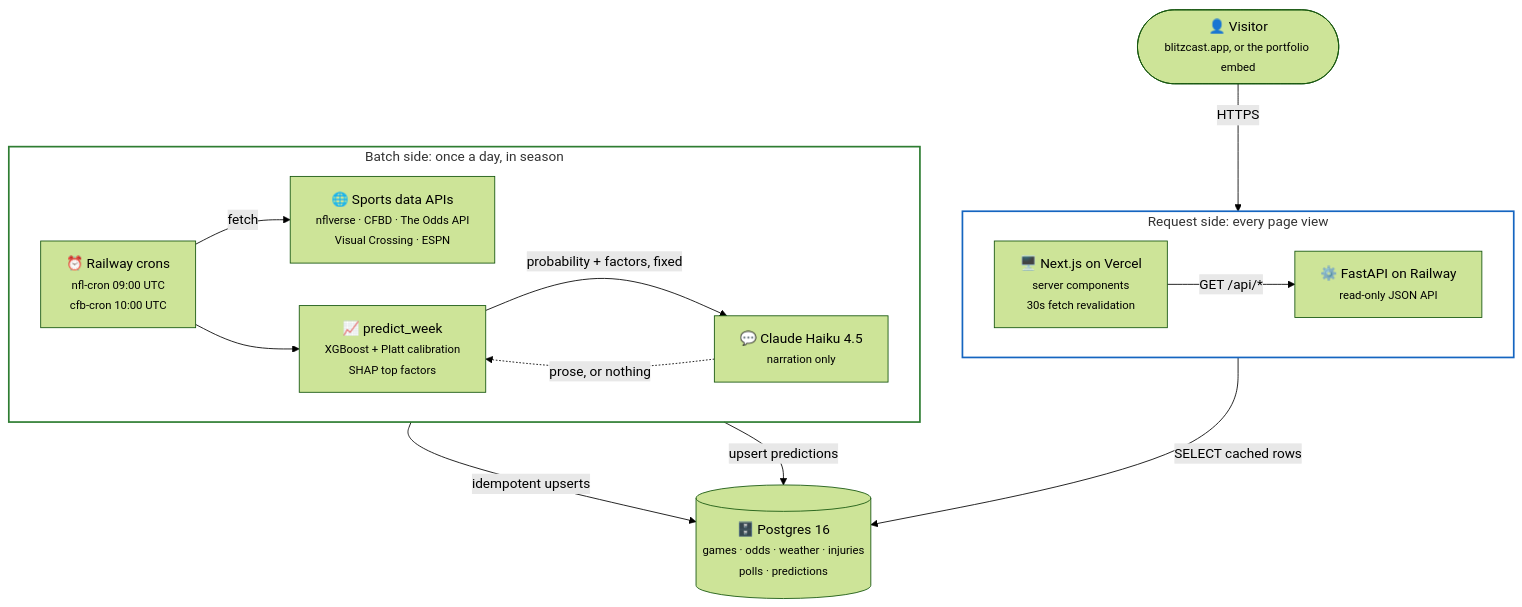
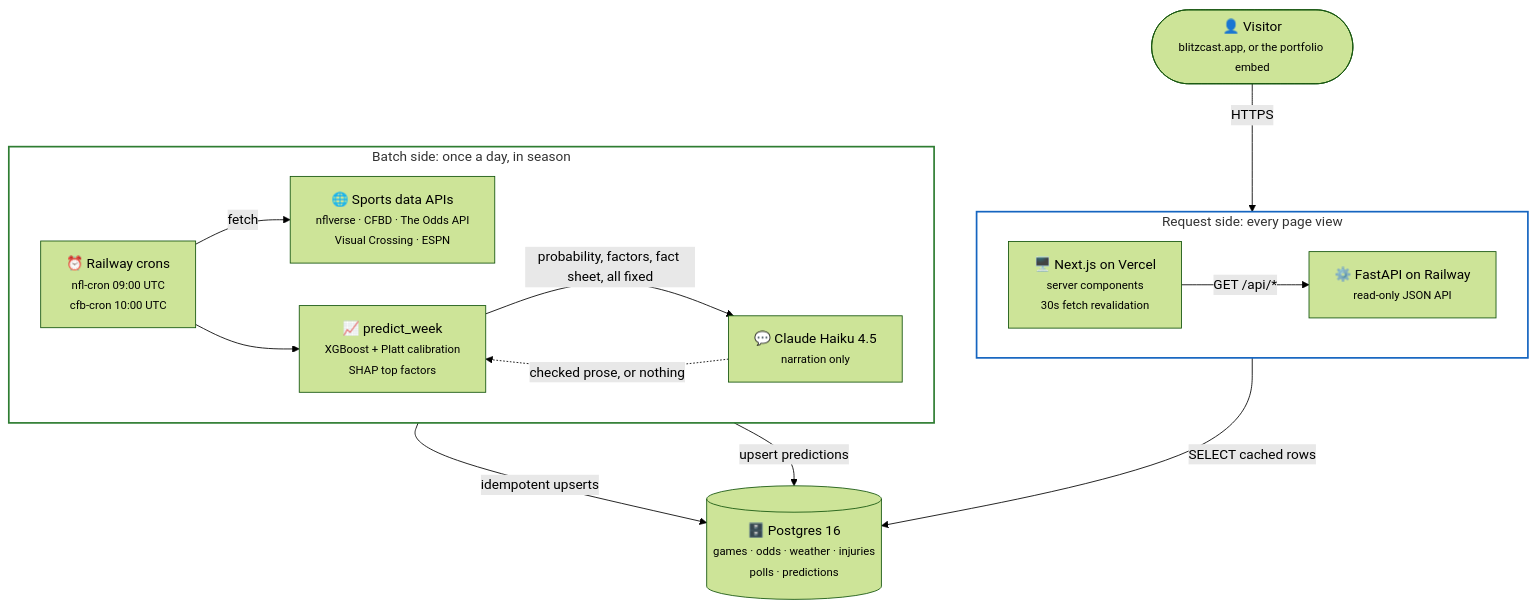
One commit to carterptull/blitzcast changed the diagram in diagrams/overview.md. Above: the diagram before and after it, drawn with Mermaid (forest theme). The commit also changed other lines of this file and 18 other files, not shown here.

Commit message:
docs: changelog, decisions, diagrams, and version for 1.1.0

````diff
--- a/diagrams/overview.md
+++ b/diagrams/overview.md
@@ -7,34 +7,34 @@
 ```mermaid
 flowchart TB
     visitor(["👤 Visitor<br/><small>blitzcast.app, or the portfolio embed</small>"])
 
     subgraph request["Request side: every page view"]
         direction LR
         web["🖥️ Next.js on Vercel<br/><small>server components<br/>30s fetch revalidation</small>"]
         api["⚙️ FastAPI on Railway<br/><small>read-only JSON API</small>"]
     end
 
     db[("🗄️ Postgres 16<br/><small>games · odds · weather · injuries<br/>polls · predictions</small>")]
 
     subgraph batch["Batch side: once a day, in season"]
         direction LR
         cron["⏰ Railway crons<br/><small>nfl-cron 09:00 UTC<br/>cfb-cron 10:00 UTC</small>"]
         sources["🌐 Sports data APIs<br/><small>nflverse · CFBD · The Odds API<br/>Visual Crossing · ESPN</small>"]
         predict["📈 predict_week<br/><small>XGBoost + Platt calibration<br/>SHAP top factors</small>"]
         claude["💬 Claude Haiku 4.5<br/><small>narration only</small>"]
     end
 
     visitor -->|HTTPS| web
     web -->|"GET /api/*"| api
     api -->|"SELECT cached rows"| db
 
     cron -->|fetch| sources
     cron -->|"idempotent upserts"| db
     cron --> predict
-    predict -->|"probability + factors, fixed"| claude
-    claude -.->|"prose, or nothing"| predict
+    predict -->|"probability, factors, fact sheet, all fixed"| claude
+    claude -.->|"checked prose, or nothing"| predict
     predict -->|"upsert predictions"| db
 
     style request fill:transparent,stroke:#1565C0,stroke-width:2px
     style batch fill:transparent,stroke:#2E7D32,stroke-width:2px
 ```
````
